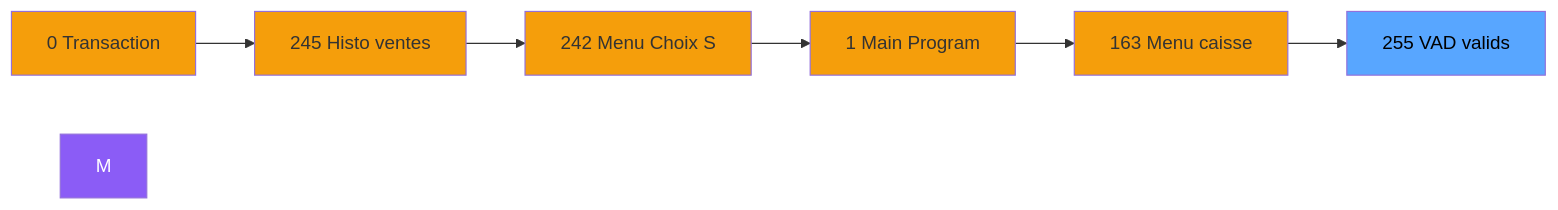
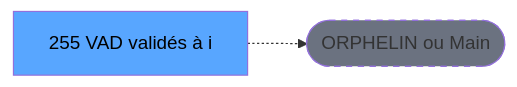
Before and after one commit to thonyAGP/lecteur-magic: the second of 3 diagrams in .openspec/renders/ADH-IDE-255.md, drawn with Mermaid. The commit also changed other lines of this file and 701 other files, not shown here.

````diff
--- a/.openspec/renders/ADH-IDE-255.md
+++ b/.openspec/renders/ADH-IDE-255.md
@@ -138,21 +129,8 @@
 ```mermaid
 graph LR
-    N0[0 Transaction ]
-    N245[245 Histo ventes]
-    N242[242 Menu Choix S]
-    N1[1 Main Program]
-    N163[163 Menu caisse ]
-    T[255 VAD valids  ]
-    N0 --> N245
-    N245 --> N242
-    N242 --> N1
-    N1 --> N163
-    N163 --> T
-    style M fill:#8b5cf6,color:#fff
-    style N0 fill:#f59e0b
-    style N245 fill:#f59e0b
-    style N242 fill:#f59e0b
-    style N1 fill:#f59e0b
-    style N163 fill:#f59e0b
+    T[255 VAD validés à i]
+    ORPHAN([ORPHELIN ou Main])
+    T -.-> ORPHAN
     style T fill:#58a6ff,color:#000
+    style ORPHAN fill:#6b7280,stroke-dasharray: 5 5
 ```
````
